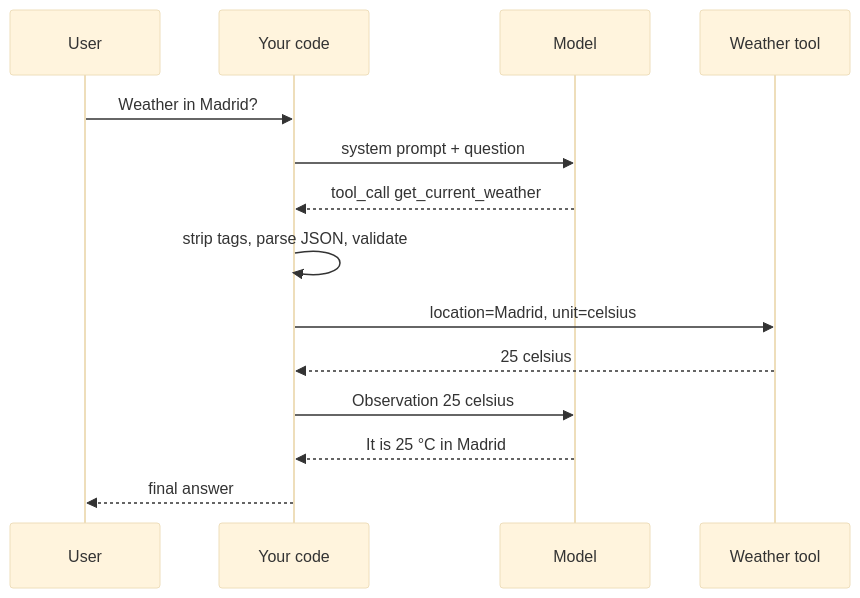
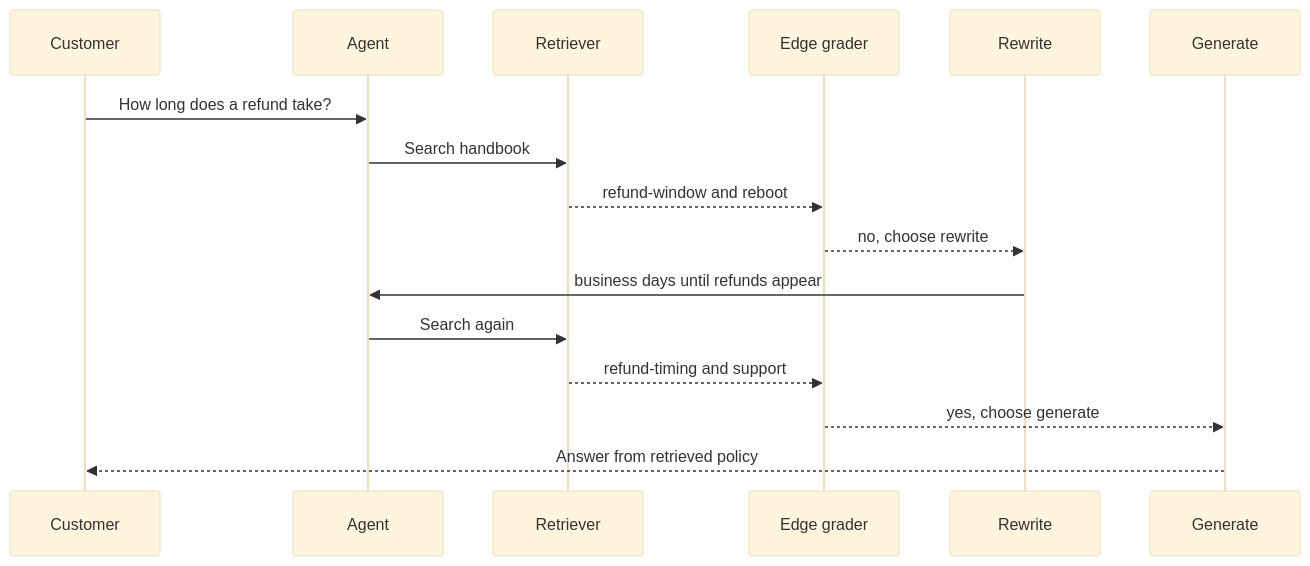
The first of 2 diagrams in .claude/skills/course-content/standalone/references/example-lesson.md (Sourav692/rag-agents-engineering), drawn with Mermaid (base theme) before and after one commit. The commit also changed other lines of this file and 74 other files, not shown here.

````diff
--- a/.claude/skills/course-content/standalone/references/example-lesson.md
+++ b/.claude/skills/course-content/standalone/references/example-lesson.md
@@ -186,16 +80,18 @@
 ```mermaid
 sequenceDiagram
-    participant U as User
-    participant A as Your code
-    participant M as Model
-    participant T as Weather tool
-    U->>A: Weather in Madrid?
-    A->>M: system prompt + question
-    M-->>A: tool_call get_current_weather
-    A->>A: strip tags, parse JSON, validate
-    A->>T: location=Madrid, unit=celsius
-    T-->>A: 25 celsius
-    A->>M: Observation 25 celsius
-    M-->>A: It is 25 °C in Madrid
-    A-->>U: final answer
+    participant U as Customer
+    participant A as Agent
+    participant R as Retriever
+    participant G as Edge grader
+    participant W as Rewrite
+    participant N as Generate
+    U->>A: How long does a refund take?
+    A->>R: Search handbook
+    R-->>G: refund-window and reboot
+    G-->>W: no, choose rewrite
+    W->>A: business days until refunds appear
+    A->>R: Search again
+    R-->>G: refund-timing and support
+    G-->>N: yes, choose generate
+    N-->>U: Answer from retrieved policy
 ```
````
